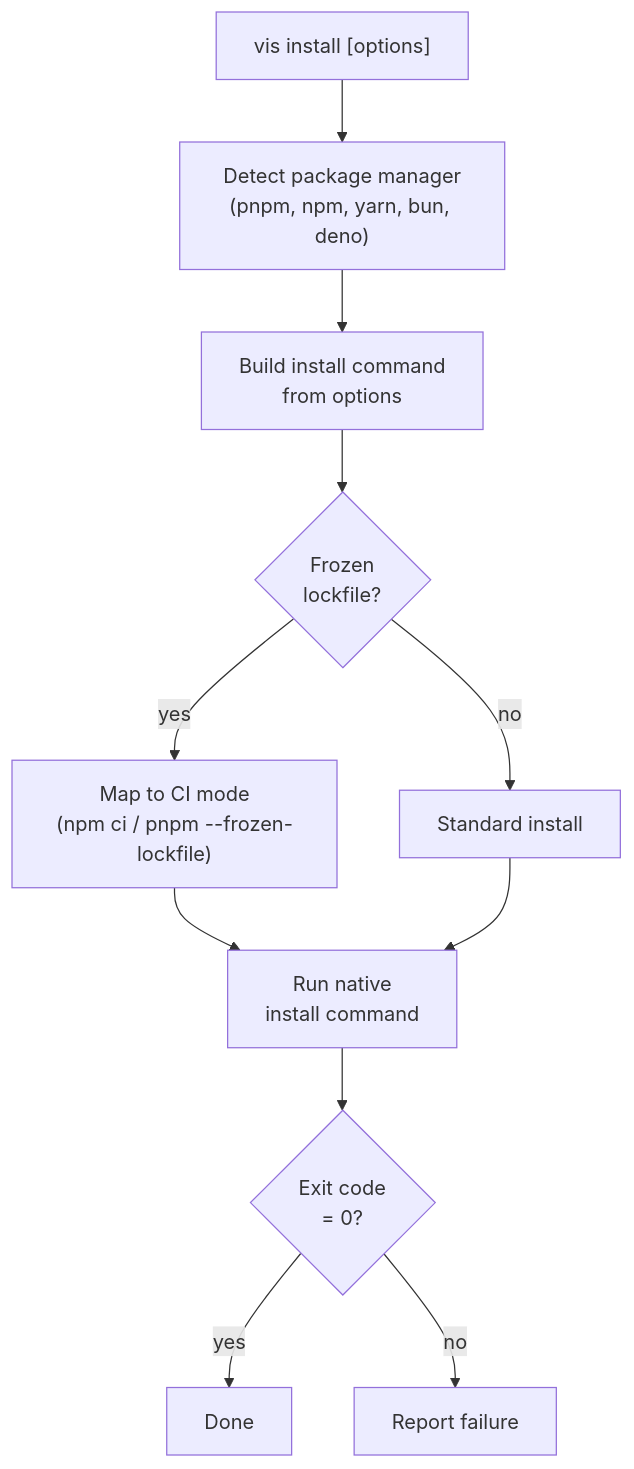
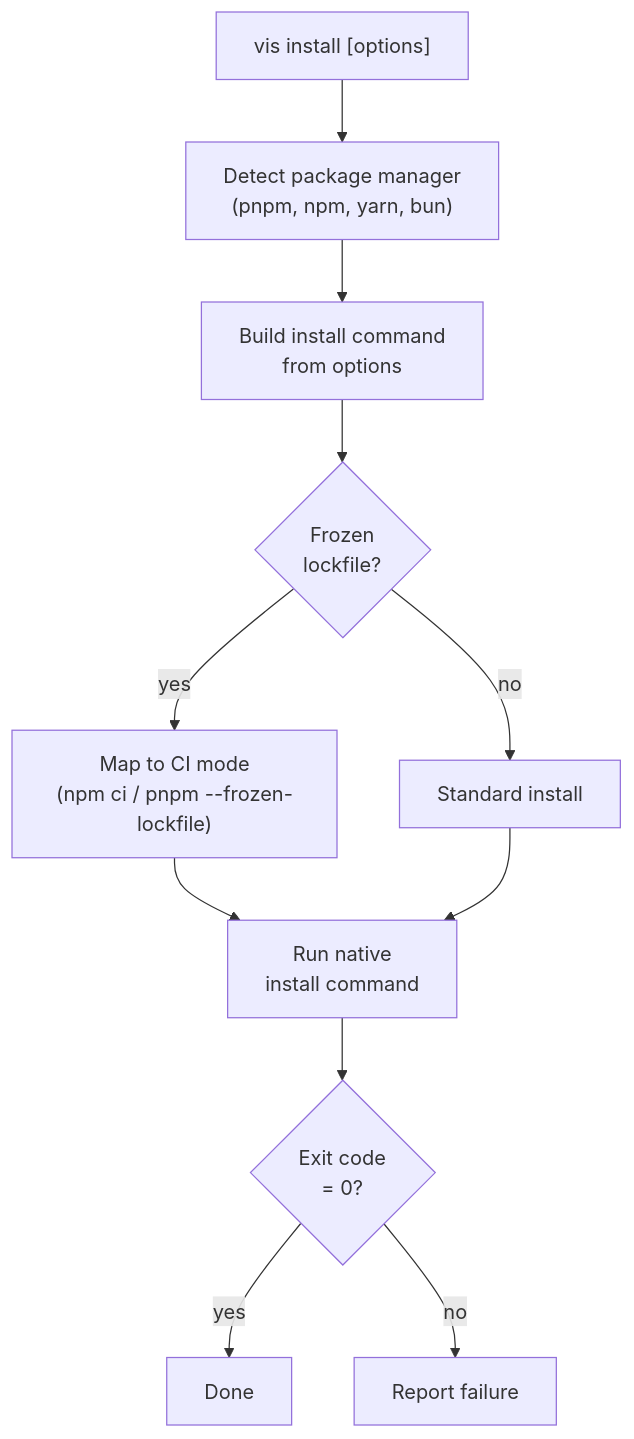
One commit to visulima/vis changed the diagram in packages/tooling/vis/docs/commands/install.mdx. Above: the diagram before and after it, drawn with Mermaid. The commit also changed other lines of this file and 102 other files, not shown here.

````diff
--- a/packages/tooling/vis/docs/commands/install.mdx
+++ b/packages/tooling/vis/docs/commands/install.mdx
@@ -141,13 +141,13 @@
 ```mermaid
 flowchart TD
-    A["vis install [options]"] --> B["Detect package manager\n(pnpm, npm, yarn, bun, deno)"]
+    A["vis install [options]"] --> B["Detect package manager\n(pnpm, npm, yarn, bun)"]
     B --> C["Build install command\nfrom options"]
     C --> D{Frozen\nlockfile?}
     D -- yes --> E["Map to CI mode\n(npm ci / pnpm --frozen-lockfile)"]
     D -- no --> F["Standard install"]
     E --> G["Run native\ninstall command"]
     F --> G
     G --> H{Exit code\n= 0?}
     H -- yes --> I["Done"]
     H -- no --> J["Report failure"]
 ```
````
